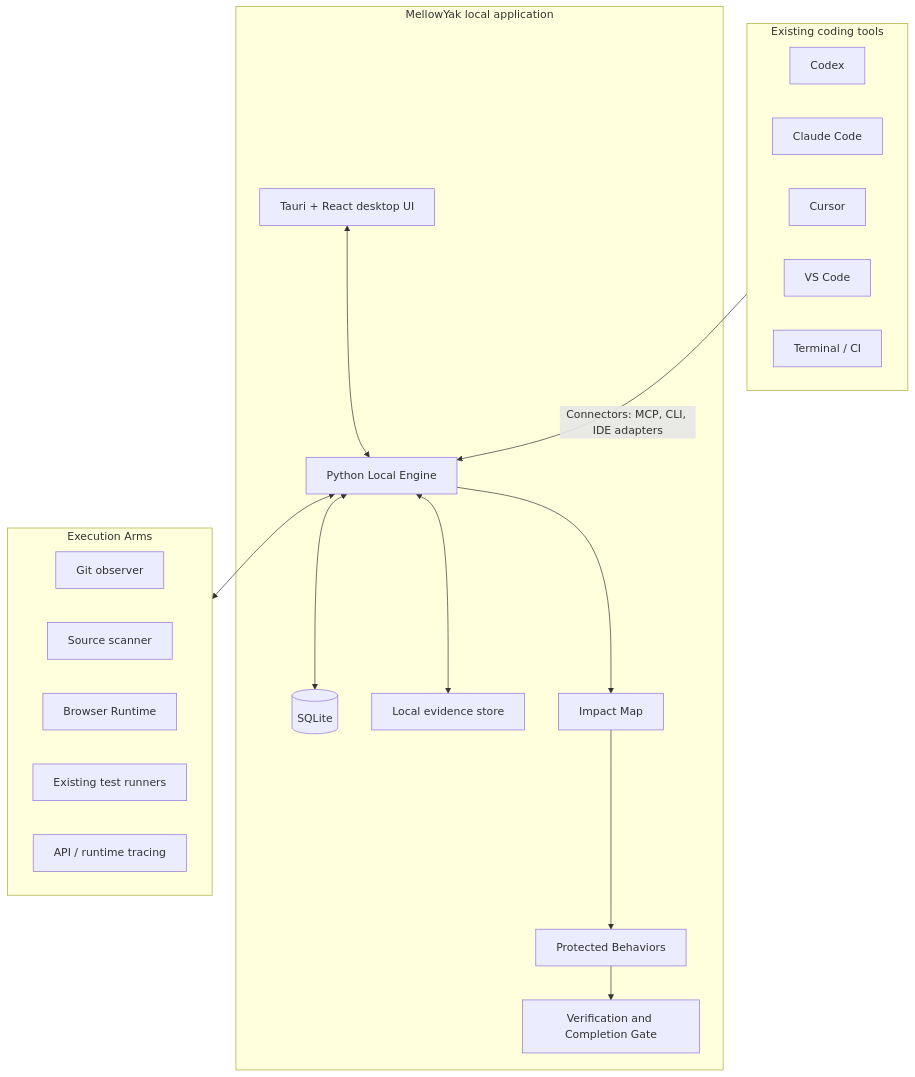
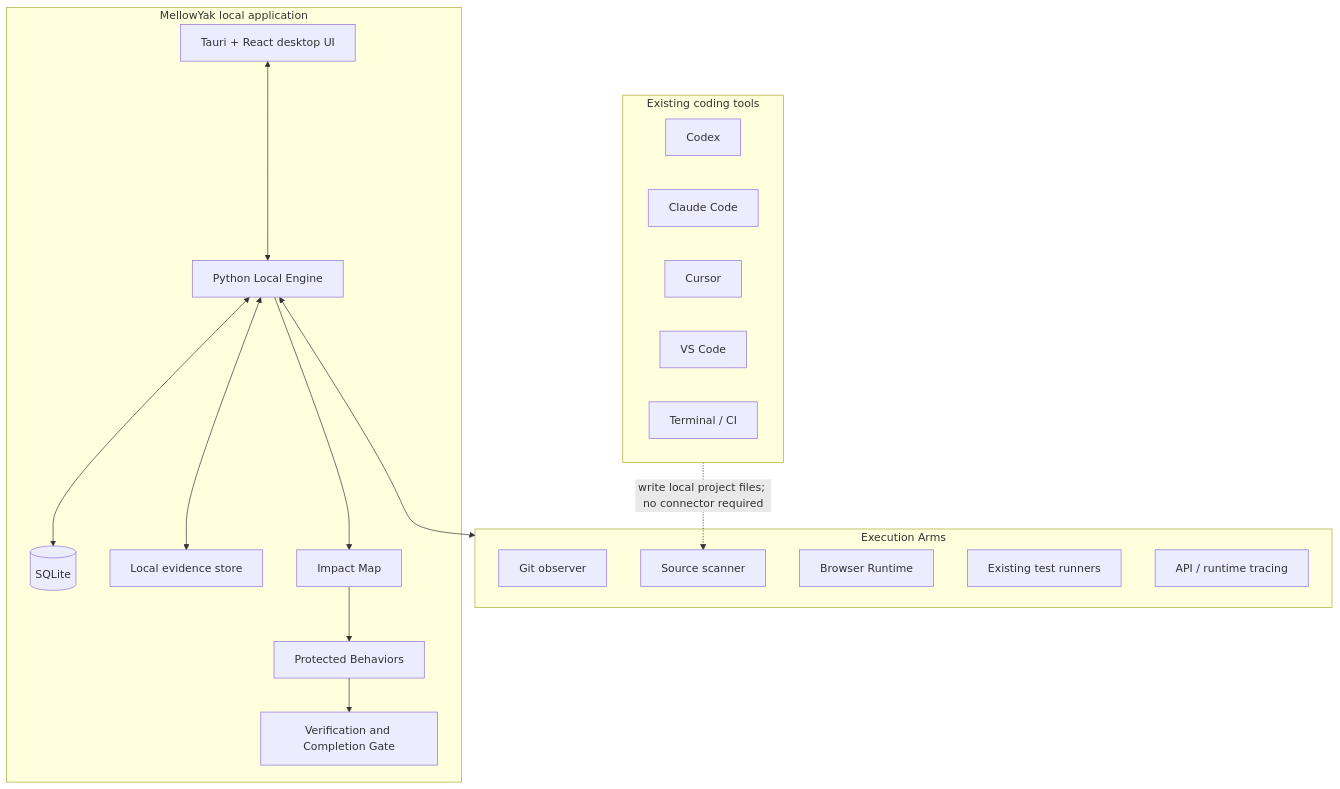
Before and after one commit to MellowYAK/mellowyak: the second of 2 diagrams in README.md, drawn with Mermaid. The commit also changed other lines of this file and 114 other files, not shown here.

````diff
--- a/README.md
+++ b/README.md
@@ -516,37 +521,37 @@
 ```mermaid
 flowchart TB
     subgraph ExistingTools[Existing coding tools]
         C1[Codex]
         C2[Claude Code]
         C3[Cursor]
         C4[VS Code]
         C5[Terminal / CI]
     end
 
     subgraph MY[MellowYak local application]
         UI[Tauri + React desktop UI]
         ENG[Python Local Engine]
         DB[(SQLite)]
         FS[Local evidence store]
         MAP[Impact Map]
         BEH[Protected Behaviors]
         GATE[Verification and Completion Gate]
     end
 
     subgraph Arms[Execution Arms]
         GIT[Git observer]
         SRC[Source scanner]
         BROWSER[Browser Runtime]
         TESTS[Existing test runners]
         TRACE[API / runtime tracing]
     end
 
-    ExistingTools -->|Connectors: MCP, CLI, IDE adapters| ENG
+    ExistingTools -.->|write local project files; no connector required| SRC
     UI <--> ENG
     ENG <--> DB
     ENG <--> FS
     ENG --> MAP
     MAP --> BEH
     BEH --> GATE
     ENG <--> Arms
 ```
````
